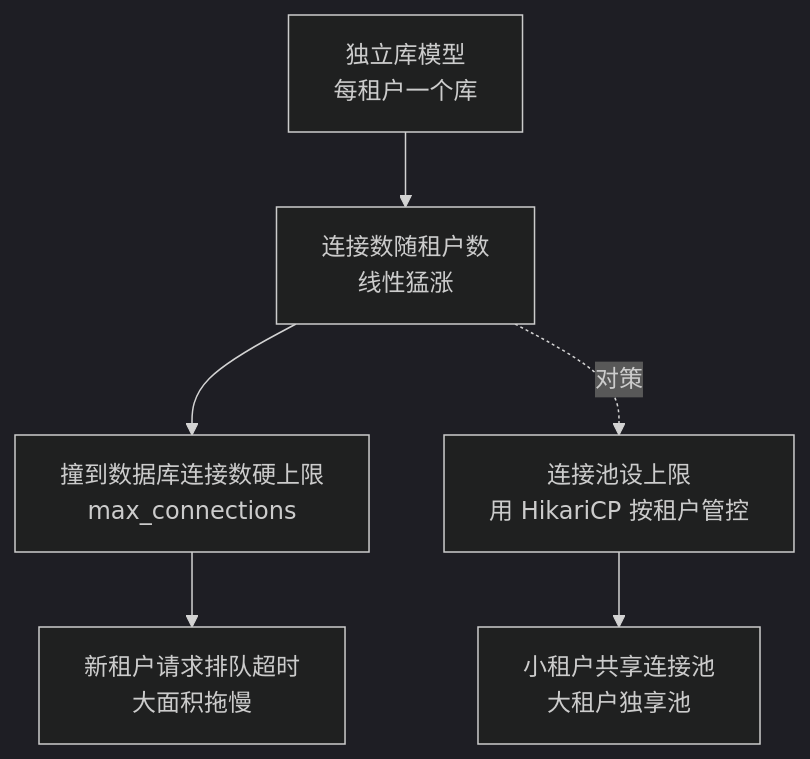
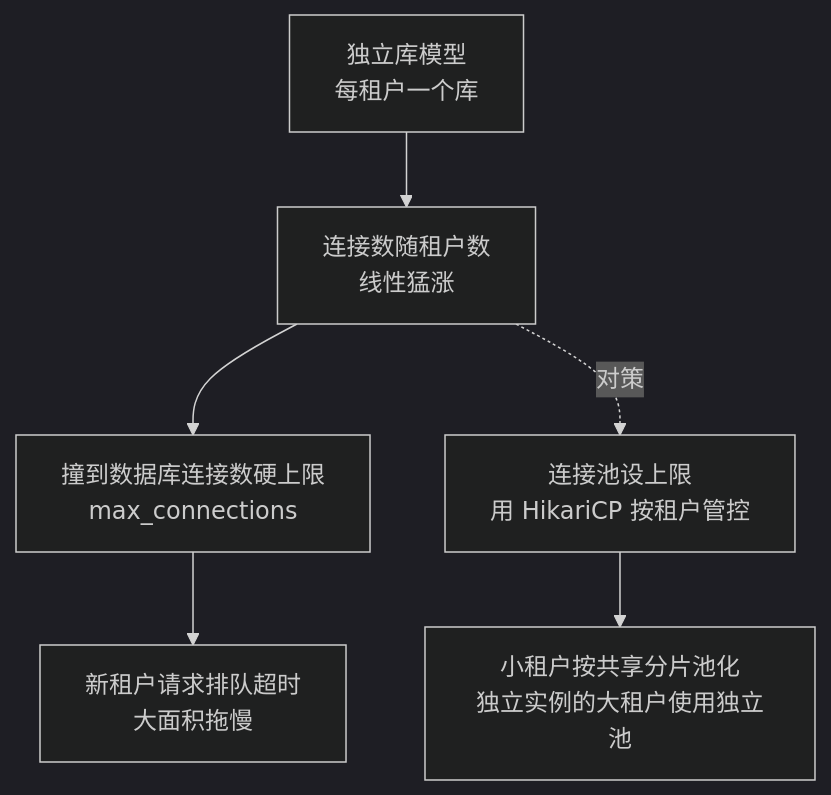
The third of 3 diagrams in docs/06-阶段六-架构设计与服务端思维/07-多租户设计.md (CrazyForks/java-full-stack), drawn with Mermaid (dark theme) before and after one commit. The commit also changed other lines of this file and 58 other files, not shown here.

````diff
--- a/docs/06-阶段六-架构设计与服务端思维/07-多租户设计.md
+++ b/docs/06-阶段六-架构设计与服务端思维/07-多租户设计.md
@@ -206,8 +211,8 @@
   ```mermaid
   flowchart TB
       A["独立库模型<br/>每租户一个库"] --> B["连接数随租户数<br/>线性猛涨"]
       B --> C["撞到数据库连接数硬上限<br/>max_connections"]
       C --> D["新租户请求排队超时<br/>大面积拖慢"]
       B -. 对策 .-> E["连接池设上限<br/>用 HikariCP 按租户管控"]
-      E --> F["小租户共享连接池<br/>大租户独享池"]
+      E --> F["小租户按共享分片池化<br/>独立实例的大租户使用独立池"]
   ```
````
